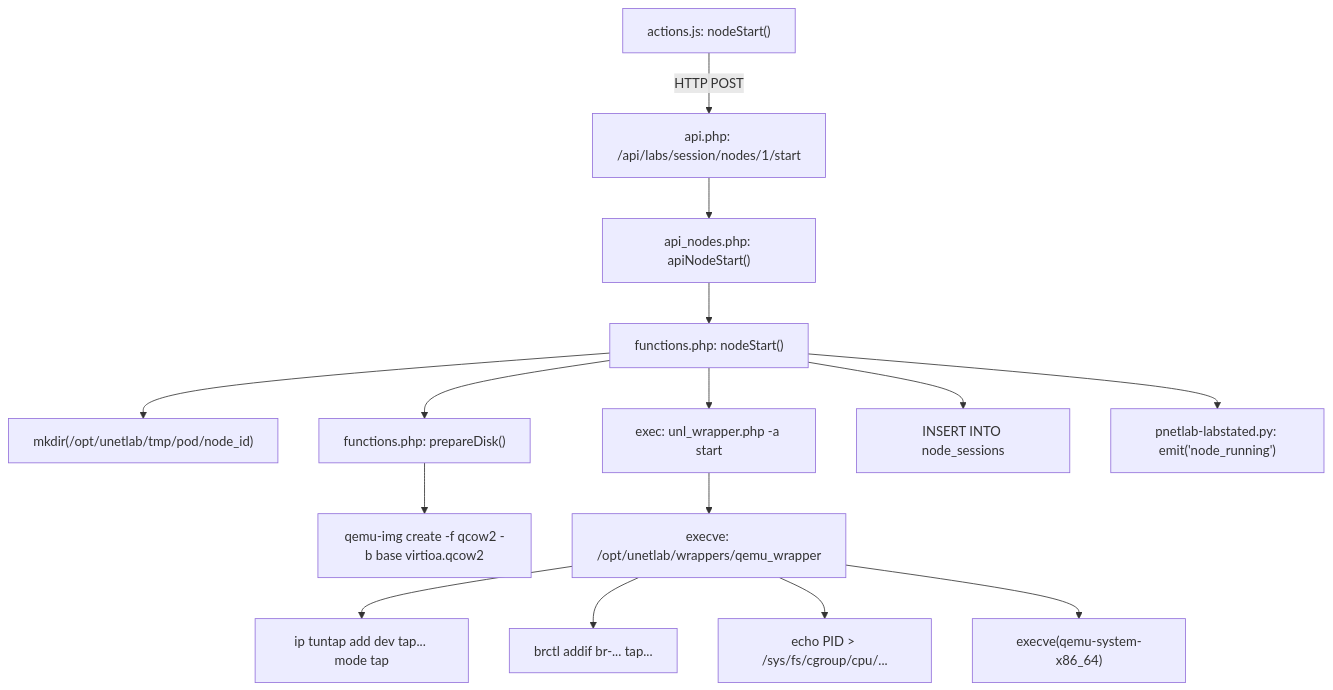
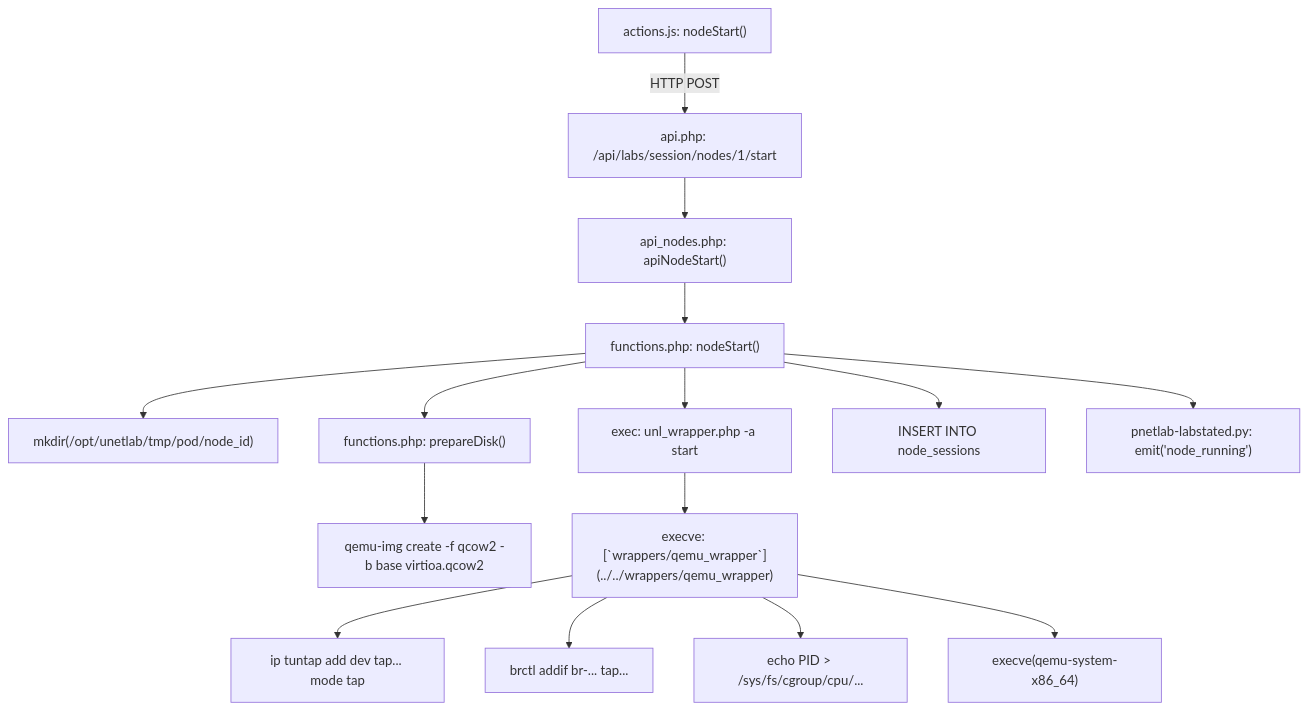
The diagram in docs/03-diagrams/f02-node-start-lifecycle-callgraph.md (Luuxinhxinh/pnet-v8), drawn with Mermaid before and after one commit. The commit also changed 92 other files, not shown here.

````diff
--- a/docs/03-diagrams/f02-node-start-lifecycle-callgraph.md
+++ b/docs/03-diagrams/f02-node-start-lifecycle-callgraph.md
@@ -9,17 +9,17 @@
 ```mermaid
 graph TD
     UI["actions.js: nodeStart()"] -->|HTTP POST| API["api.php: /api/labs/session/nodes/1/start"]
     API --> NODE_API["api_nodes.php: apiNodeStart()"]
     NODE_API --> FUNC_START["functions.php: nodeStart()"]
     FUNC_START --> MK_TMP["mkdir(/opt/unetlab/tmp/pod/node_id)"]
     FUNC_START --> PREP_DISK["functions.php: prepareDisk()"]
     PREP_DISK --> QEMU_IMG["qemu-img create -f qcow2 -b base virtioa.qcow2"]
     FUNC_START --> CLI_WRAPPER["exec: unl_wrapper.php -a start"]
-    CLI_WRAPPER --> C_WRAPPER["execve: /opt/unetlab/wrappers/qemu_wrapper"]
+    CLI_WRAPPER --> C_WRAPPER["execve: [`wrappers/qemu_wrapper`](../../wrappers/qemu_wrapper)"]
     C_WRAPPER --> CREATE_TAP["ip tuntap add dev tap... mode tap"]
     C_WRAPPER --> BR_ATTACH["brctl addif br-... tap..."]
     C_WRAPPER --> CGROUP_ATTACH["echo PID > /sys/fs/cgroup/cpu/..."]
     C_WRAPPER --> EXEC_HYPERVISOR["execve(qemu-system-x86_64)"]
     FUNC_START --> DB_SESSION["INSERT INTO node_sessions"]
     FUNC_START --> SSE_NOTIF["pnetlab-labstated.py: emit('node_running')"]
 ```
````
